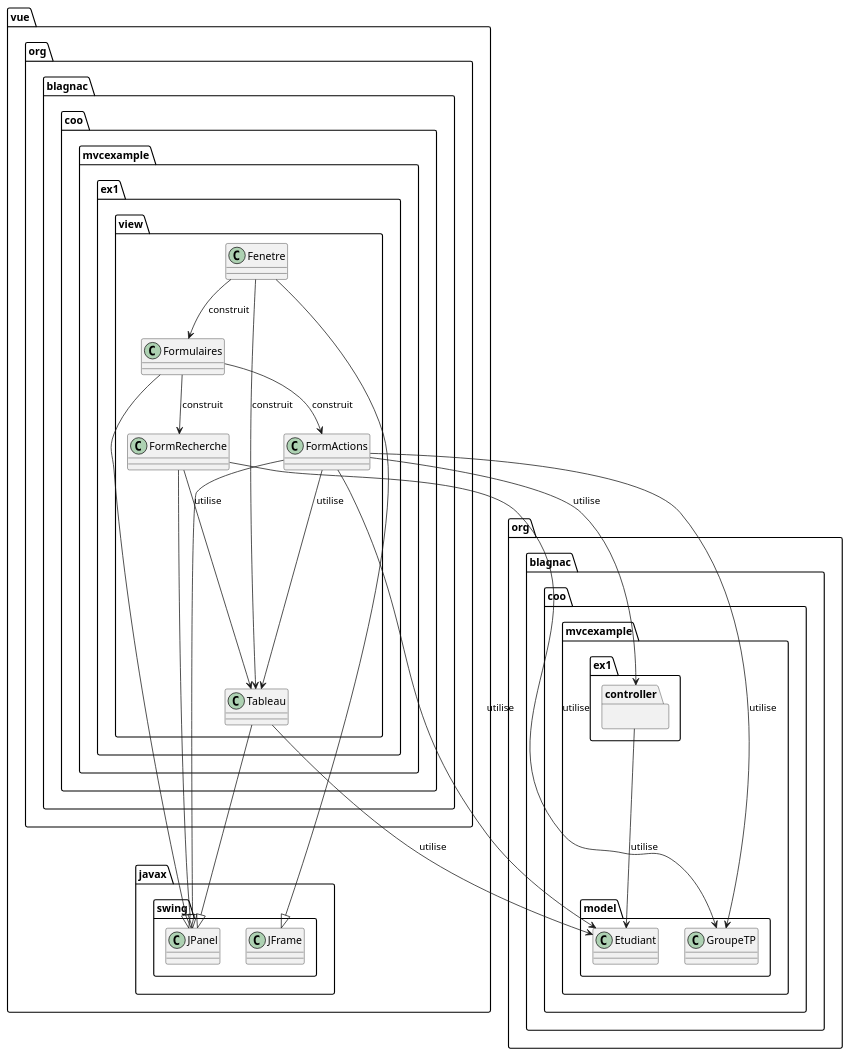
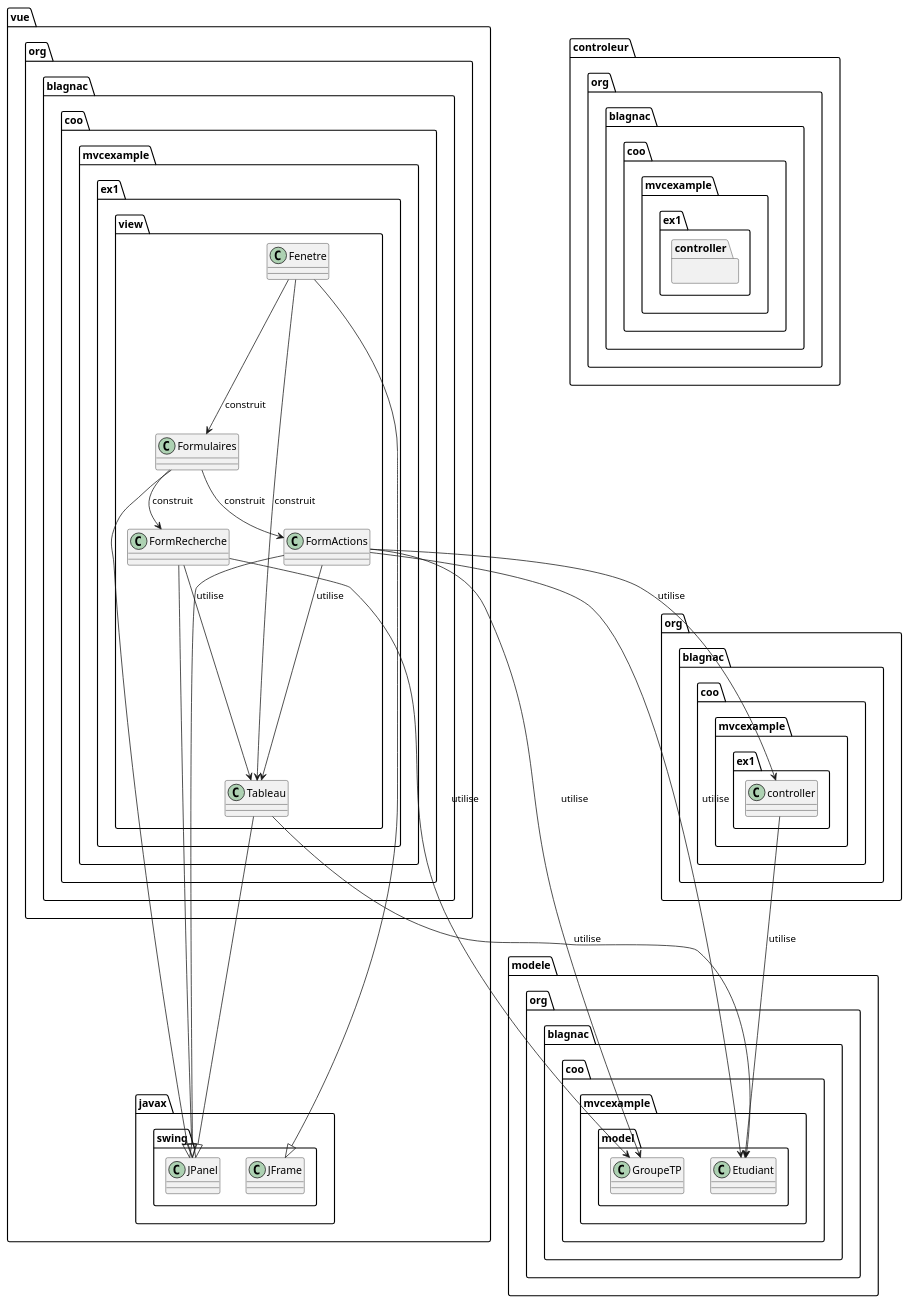
One commit to tgoubin/mvc-example changed the fourth of 6 diagrams in src/main/doc/readme.adoc. Above: the diagram before and after it, drawn with PlantUML. The commit also changed other lines of this file, not shown here.

```diff
--- a/src/main/doc/readme.adoc
+++ b/src/main/doc/readme.adoc
@@ -237,50 +244,53 @@
 [plantuml, "ex1-vue", png]  
 ----
 @startuml
 
-package vue {
-
+folder vue {
 	package javax.swing {
 		class JFrame
 		class JPanel
 	}
 	
 	package org.blagnac.coo.mvcexample.ex1.view {
 		class Fenetre
 		class Formulaires
 		class Tableau
 		class FormRecherche
 		class FormActions
 	}
 }
 
-package org.blagnac.coo.mvcexample.model {
-    class Etudiant
-    class GroupeTP
+folder modele {
+	package org.blagnac.coo.mvcexample.model {
+	    class Etudiant
+	    class GroupeTP
+	}
 }
 
-package org.blagnac.coo.mvcexample.ex1.controller {
+folder controleur {
+	package org.blagnac.coo.mvcexample.ex1.controller {
+	}
 }
 
 Fenetre --|> JFrame
 Formulaires --|> JPanel
 Tableau --|> JPanel
 FormRecherche --|> JPanel
 FormActions --|> JPanel
 
 Fenetre --> Formulaires: construit
 Fenetre --> Tableau: construit
 Formulaires --> FormRecherche: construit
 Formulaires --> FormActions: construit
 FormRecherche --> Tableau: utilise
 FormActions --> Tableau: utilise
 
 FormRecherche --> GroupeTP: utilise
 FormActions --> GroupeTP: utilise
 FormActions --> Etudiant: utilise
 FormActions --> org.blagnac.coo.mvcexample.ex1.controller: utilise
 Tableau --> Etudiant: utilise
 org.blagnac.coo.mvcexample.ex1.controller --> Etudiant: utilise
 
 @enduml
 ----
```
